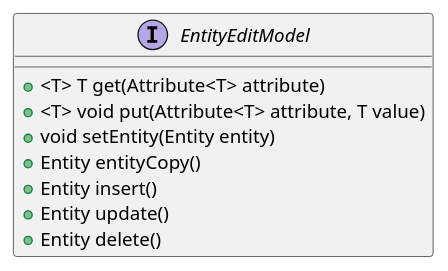
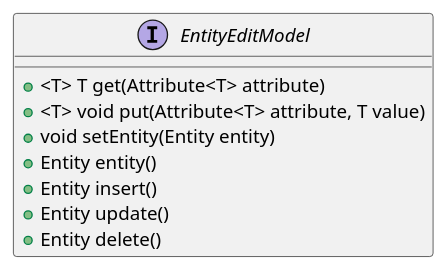
Before and after one commit to codion-is/codion: the diagram in documentation/src/docs/asciidoc/manual/framework-entity-edit-model.adoc, drawn with PlantUML. The commit also changed other lines of this file and 5 other files, not shown here.

```diff
--- a/documentation/src/docs/asciidoc/manual/framework-entity-edit-model.adoc
+++ b/documentation/src/docs/asciidoc/manual/framework-entity-edit-model.adoc
@@ -6,14 +6,14 @@
 [plantuml, entity-edit-model-diagram, svg, align=center]
 -------------------------------------------
 skinparam genericDisplay old
 
 interface EntityEditModel {
     +<T> T get(Attribute<T> attribute)
     +<T> void put(Attribute<T> attribute, T value)
     +void setEntity(Entity entity)
-    +Entity entityCopy()
+    +Entity entity()
     +Entity insert()
     +Entity update()
     +Entity delete()
 }
 -------------------------------------------
```
